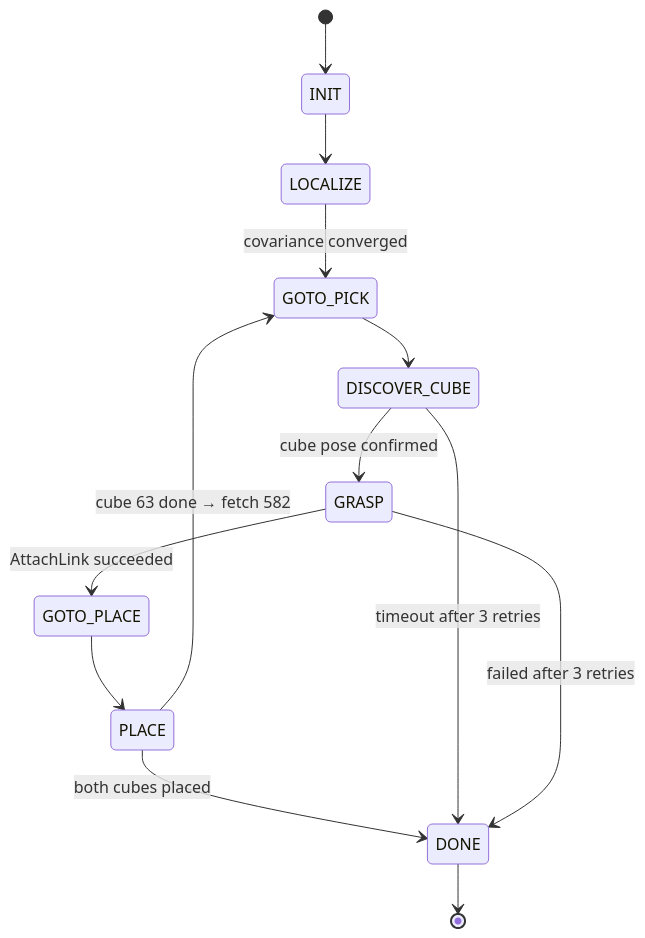
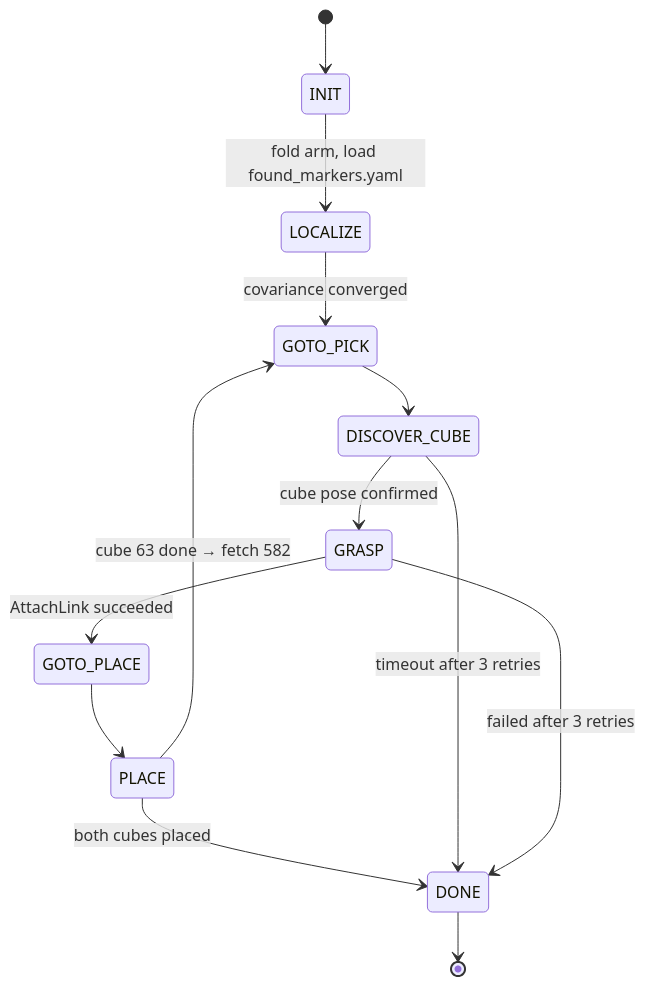
The fourth of 4 diagrams in docs/ARCHITECTURE.md (syed-waleed-ahmed/tiago-autonomous-pick-and-place), drawn with Mermaid before and after one commit. The commit also changed other lines of this file and 3 other files, not shown here.

Commit message:
Update README, ARCHITECTURE, RESULTS, and add LESSONS.md for clarity on project structure and challenges faced

````diff
--- a/docs/ARCHITECTURE.md
+++ b/docs/ARCHITECTURE.md
@@ -228,16 +261,16 @@
 ```mermaid
 stateDiagram-v2
     [*] --> INIT
-    INIT --> LOCALIZE
+    INIT --> LOCALIZE: fold arm, load found_markers.yaml
     LOCALIZE --> GOTO_PICK: covariance converged
     GOTO_PICK --> DISCOVER_CUBE
     DISCOVER_CUBE --> GRASP: cube pose confirmed
     GRASP --> GOTO_PLACE: AttachLink succeeded
     GOTO_PLACE --> PLACE
     PLACE --> GOTO_PICK: cube 63 done → fetch 582
     PLACE --> DONE: both cubes placed
     DONE --> [*]
 
     DISCOVER_CUBE --> DONE: timeout after 3 retries
     GRASP --> DONE: failed after 3 retries
 ```
````
